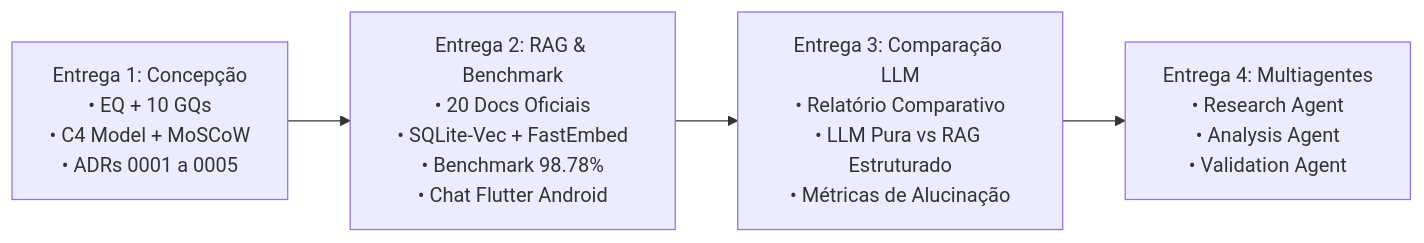
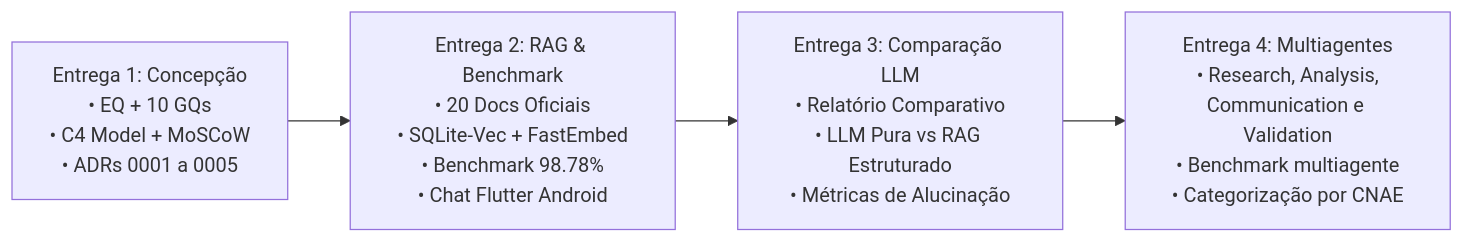
Before and after one commit to moonshinerd/trokim: the diagram in docs/apresentacao.md, drawn with Mermaid. The commit also changed other lines of this file and 44 other files, not shown here.

````diff
--- a/docs/apresentacao.md
+++ b/docs/apresentacao.md
@@ -72,6 +98,6 @@
 ```mermaid
 flowchart LR
     E1["Entrega 1: Concepção<br/>• EQ + 10 GQs<br/>• C4 Model + MoSCoW<br/>• ADRs 0001 a 0005"] --> E2["Entrega 2: RAG & Benchmark<br/>• 20 Docs Oficiais<br/>• SQLite-Vec + FastEmbed<br/>• Benchmark 98.78%<br/>• Chat Flutter Android"]
     E2 --> E3["Entrega 3: Comparação LLM<br/>• Relatório Comparativo<br/>• LLM Pura vs RAG Estruturado<br/>• Métricas de Alucinação"]
-    E3 --> E4["Entrega 4: Multiagentes<br/>• Research Agent<br/>• Analysis Agent<br/>• Validation Agent"]
+    E3 --> E4["Entrega 4: Multiagentes<br/>• Research, Analysis,<br/>Communication e Validation<br/>• Benchmark multiagente<br/>• Categorização por CNAE"]
 ```
````
